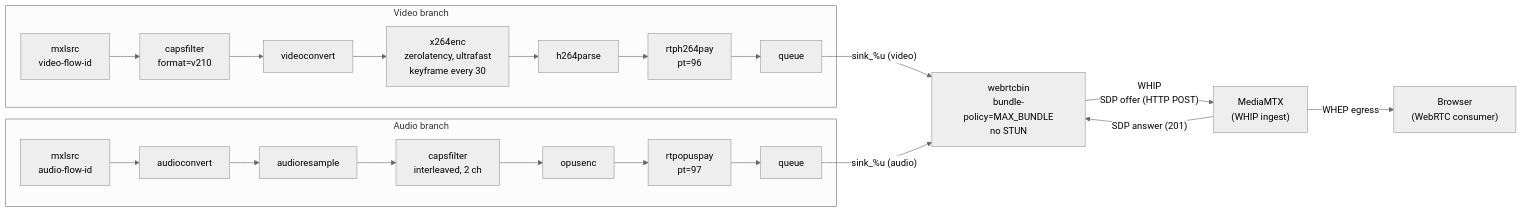
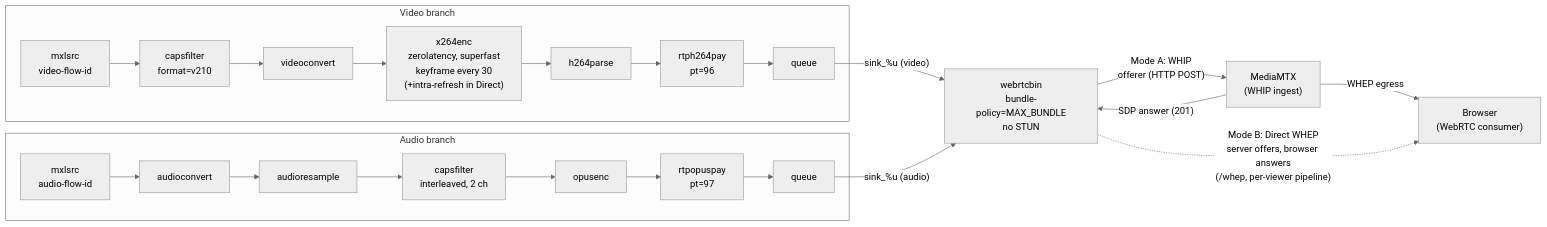
One commit to cbcrc/mxl-hands-on changed the second of 6 diagrams in gst-apps/gstreamer-pipeline.md. Above: the diagram before and after it, drawn with Mermaid (neutral theme). The commit also changed other lines of this file and 8 other files, not shown here.

````diff
--- a/gst-apps/gstreamer-pipeline.md
+++ b/gst-apps/gstreamer-pipeline.md
@@ -187,33 +210,35 @@
 ```mermaid
 flowchart LR
     subgraph "Video branch"
         vsrc["mxlsrc\nvideo-flow-id"]
         vcaps["capsfilter\nformat=v210"]
         vconv["videoconvert"]
-        venc["x264enc\nzerolatency, ultrafast\nkeyframe every 30"]
+        venc["x264enc\nzerolatency, superfast\nkeyframe every 30\n(+intra-refresh in Direct)"]
         vparse["h264parse"]
         vpay["rtph264pay\npt=96"]
         vqueue["queue"]
         vsrc --> vcaps --> vconv --> venc --> vparse --> vpay --> vqueue
     end
 
     subgraph "Audio branch"
         asrc["mxlsrc\naudio-flow-id"]
         aconv["audioconvert"]
         aresample["audioresample"]
         acaps["capsfilter\ninterleaved, 2 ch"]
         aenc["opusenc"]
         apay["rtpopuspay\npt=97"]
         aqueue["queue"]
         asrc --> aconv --> aresample --> acaps --> aenc --> apay --> aqueue
     end
 
     wb["webrtcbin\nbundle-policy=MAX_BUNDLE\nno STUN"]
 
     vqueue -->|"sink_%u (video)"| wb
     aqueue -->|"sink_%u (audio)"| wb
 
-    wb -- "WHIP\nSDP offer (HTTP POST)" --> mediamtx["MediaMTX\n(WHIP ingest)"]
+    wb -- "Mode A: WHIP\nofferer (HTTP POST)" --> mediamtx["MediaMTX\n(WHIP ingest)"]
     mediamtx -- "SDP answer (201)" --> wb
     mediamtx -->|"WHEP egress"| browser["Browser\n(WebRTC consumer)"]
+
+    wb -. "Mode B: Direct WHEP\nserver offers, browser answers\n(/whep, per-viewer pipeline)" .-> browser
 ```
````
